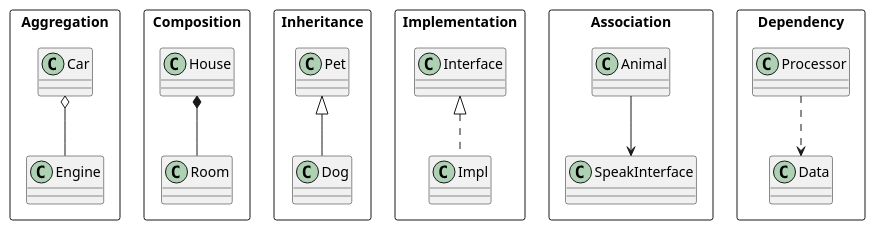
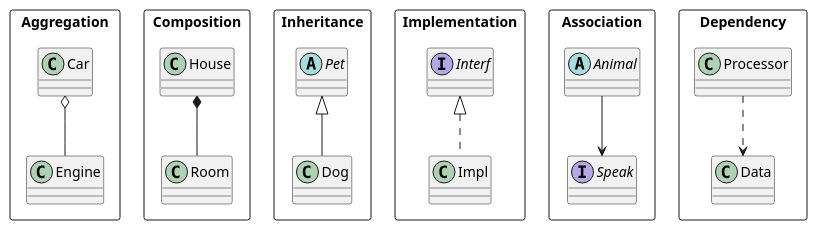
Before and after one commit to JurajX/Notes: the diagram in DesignPatterns/UmlBasics/arrowTypes.puml, drawn with PlantUML. The commit also changed 7 other files, not shown here.

```diff
--- a/DesignPatterns/UmlBasics/arrowTypes.puml
+++ b/DesignPatterns/UmlBasics/arrowTypes.puml
@@ -1,27 +1,31 @@
 @startuml
 
 package Aggregation <<Rectangle>> {
     Car o-- Engine
 }
 
 package Composition <<Rectangle>> {
     House *-- Room
 }
 
 package Inheritance <<Rectangle>> {
+    Abstract Pet
     Pet <|-- Dog
 }
 
 package Implementation <<Rectangle>> {
-    Interface <|.. Impl
+    Interface Interf
+    Interf <|.. Impl
 }
 
 package Association <<Rectangle>> {
-    Animal --> SpeakInterface
+    Interface Speak
+    Abstract Animal
+    Animal --> Speak
 }
 
 package Dependency <<Rectangle>> {
     Processor ..> Data
 }
 
 @enduml
```
